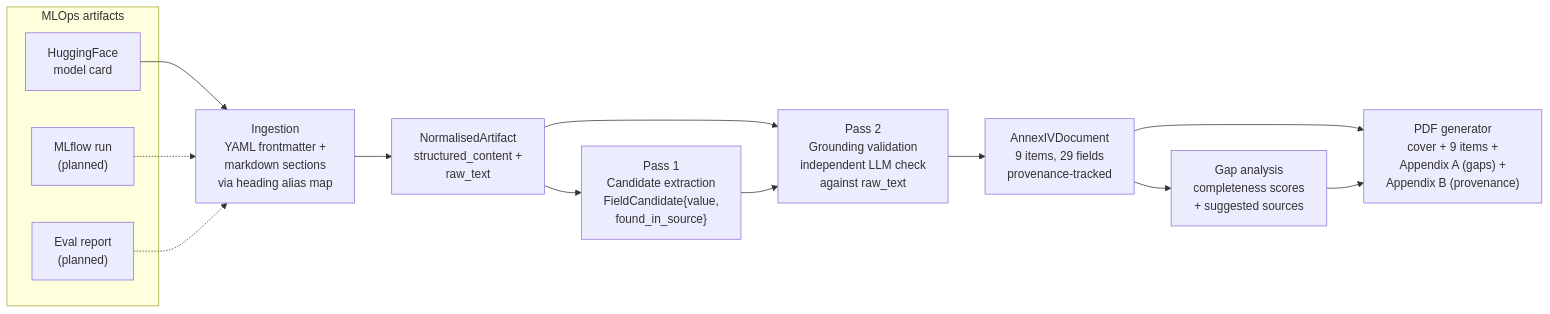
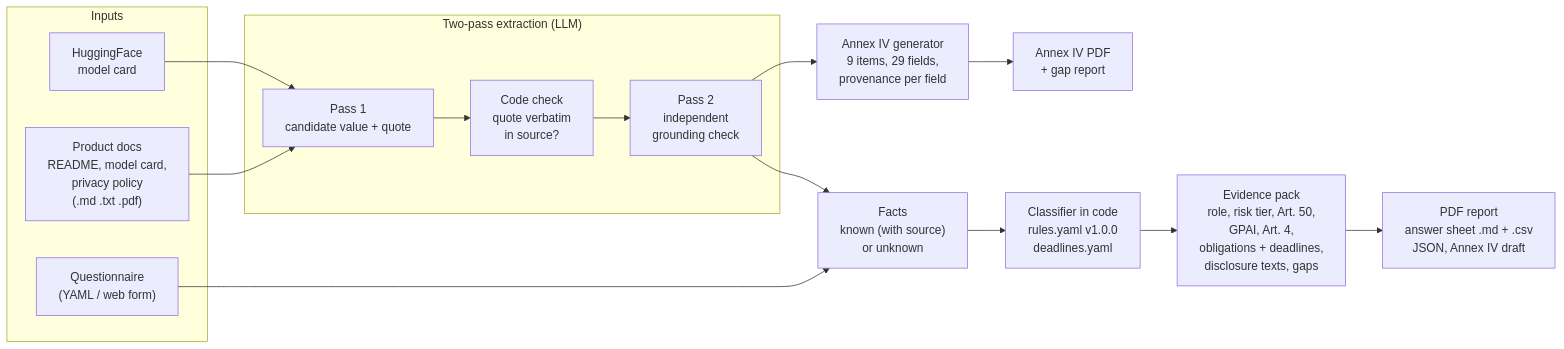
The diagram in README.md (AdityaShekhawat0504/ai-act-compliance-copilot), drawn with Mermaid before and after one commit. The commit also changed other lines of this file and 63 other files, not shown here.

First line of the commit message:
v2: AI Act evidence pack for SaaS teams (#1)

````diff
--- a/README.md
+++ b/README.md
@@ -35,24 +15,27 @@
 ```mermaid
 graph LR
-    subgraph artifacts["MLOps artifacts"]
-        A["HuggingFace<br/>model card"]
-        B["MLflow run<br/>(planned)"]
-        C["Eval report<br/>(planned)"]
+    subgraph inputs["Inputs"]
+        HF["HuggingFace<br/>model card"]
+        DOCS["Product docs<br/>README, model card,<br/>privacy policy<br/>(.md .txt .pdf)"]
+        Q["Questionnaire<br/>(YAML / web form)"]
     end
 
-    A --> D["Ingestion<br/>YAML frontmatter +<br/>markdown sections<br/>via heading alias map"]
-    B -.-> D
-    C -.-> D
+    subgraph extraction["Two-pass extraction (LLM)"]
+        P1["Pass 1<br/>candidate value + quote"]
+        QV["Code check<br/>quote verbatim<br/>in source?"]
+        P2["Pass 2<br/>independent<br/>grounding check"]
+    end
 
-    D --> E["NormalisedArtifact<br/>structured_content +<br/>raw_text"]
+    HF --> P1
+    DOCS --> P1
+    P1 --> QV --> P2
 
-    E --> F["Pass 1<br/>Candidate extraction<br/>FieldCandidate{value,<br/>found_in_source}"]
-    E --> G["Pass 2<br/>Grounding validation<br/>independent LLM check<br/>against raw_text"]
-    F --> G
+    P2 --> ANNEX["Annex IV generator<br/>9 items, 29 fields,<br/>provenance per field"]
+    P2 --> FACTS["Facts<br/>known (with source)<br/>or unknown"]
+    Q --> FACTS
 
-    G --> H["AnnexIVDocument<br/>9 items, 29 fields<br/>provenance-tracked"]
-
-    H --> I["Gap analysis<br/>completeness scores<br/>+ suggested sources"]
-    H --> J["PDF generator<br/>cover + 9 items +<br/>Appendix A (gaps) +<br/>Appendix B (provenance)"]
-    I --> J
+    FACTS --> RULES["Classifier in code<br/>rules.yaml v1.0.0<br/>deadlines.yaml"]
+    RULES --> PACK["Evidence pack<br/>role, risk tier, Art. 50,<br/>GPAI, Art. 4,<br/>obligations + deadlines,<br/>disclosure texts, gaps"]
+    PACK --> OUT["PDF report<br/>answer sheet .md + .csv<br/>JSON, Annex IV draft"]
+    ANNEX --> PDF1["Annex IV PDF<br/>+ gap report"]
 ```
````
